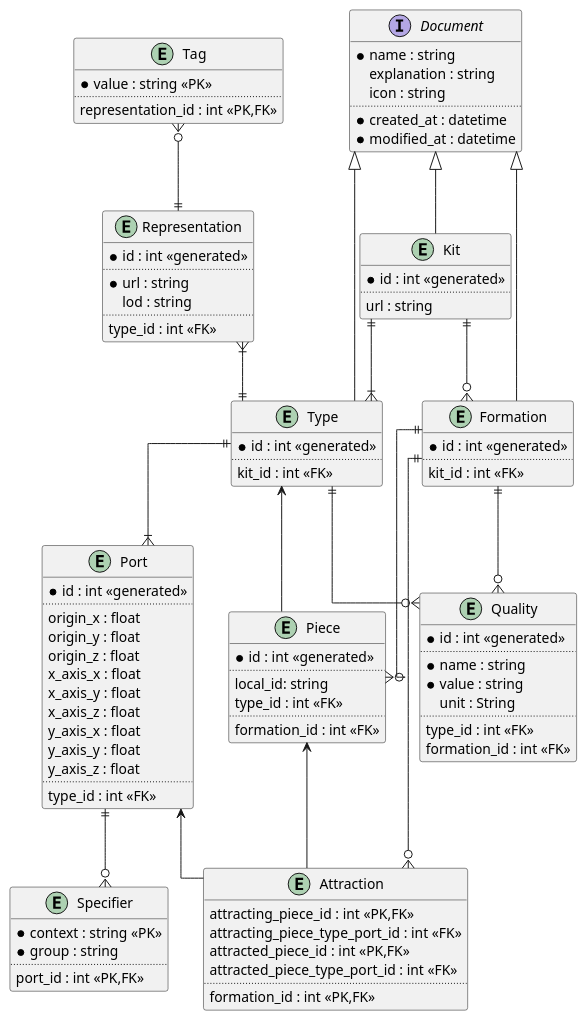
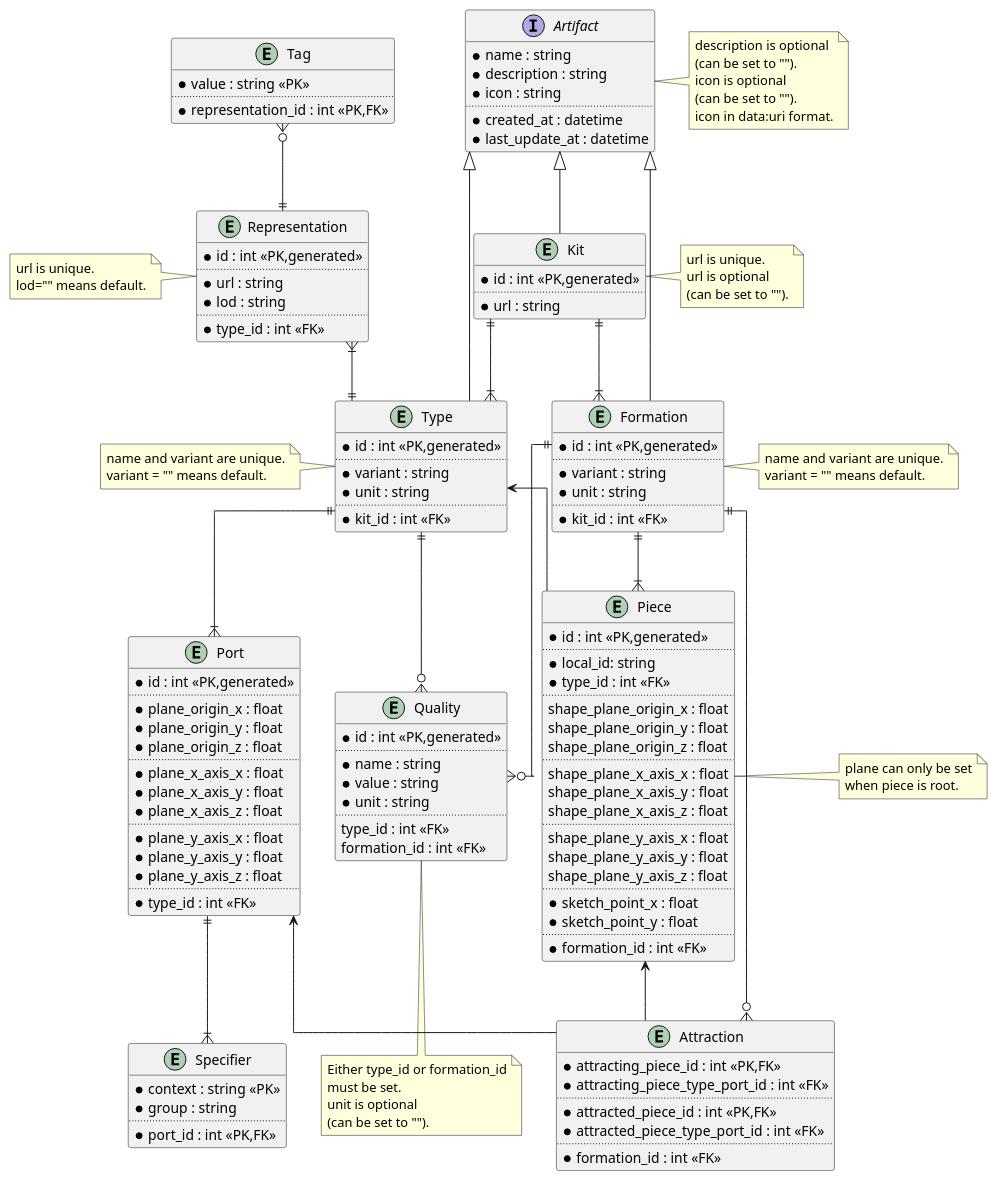
Before and after one commit to usalu/semio: the diagram in docs/softwarequality/softwarearchitecture/dataarchitecture.pu, drawn with PlantUML. The commit also changed 36 other files, not shown here.

First line of the commit message:
⚙️Prepare 2.1 (adjusted software architecture)🔄Builder is now Sketchpad

```diff
--- a/docs/softwarequality/softwarearchitecture/dataarchitecture.pu
+++ b/docs/softwarequality/softwarearchitecture/dataarchitecture.pu
@@ -1,119 +1,175 @@
 @startuml "data architecture"
 skinparam linetype ortho
 
-interface Document {
+interface Artifact {
     *name : string
-    explanation : string
-    icon : string
+    *description : string
+    *icon : string
     ..
     *created_at : datetime
-    *modified_at : datetime
+    *last_update_at : datetime
 }
+note right of Artifact
+    description is optional
+    (can be set to "").
+    icon is optional
+    (can be set to "").
+    icon in data:uri format.
+end note
 
 entity Kit {
-    *id : int <<generated>> 
+    *id : int <<PK,generated>> 
     ..
-    url : string
+    *url : string
 }
+note right of Kit
+    url is unique.
+    url is optional
+    (can be set to "").
+end note
 
 entity Type {
-    *id : int <<generated>>
+    *id : int <<PK,generated>>
     ..
-    kit_id : int <<FK>>
+    *variant : string
+    *unit : string
+    ..
+    *kit_id : int <<FK>>
 }
+note left of Type
+    name and variant are unique.
+    variant = "" means default.
+end note
 
 entity Representation {
-    *id : int <<generated>>
+    *id : int <<PK,generated>>
     ..
     *url : string
-    lod : string
+    *lod : string
     ..
-    type_id : int <<FK>>
+    *type_id : int <<FK>>
 }
+note left of Representation
+    url is unique.
+    lod="" means default.
+end note
 
 entity Tag {
     *value : string <<PK>>
     ..
-    representation_id : int <<PK,FK>>
+    *representation_id : int <<PK,FK>>
 }
 
 entity Port {
-    *id : int <<generated>>
+    *id : int <<PK,generated>>
     ..
-    origin_x : float
-    origin_y : float
-    origin_z : float
-    x_axis_x : float
-    x_axis_y : float
-    x_axis_z : float
-    y_axis_x : float
-    y_axis_y : float
-    y_axis_z : float
+    *plane_origin_x : float
+    *plane_origin_y : float
+    *plane_origin_z : float
     ..
-    type_id : int <<FK>>
+    *plane_x_axis_x : float
+    *plane_x_axis_y : float
+    *plane_x_axis_z : float
+    ..
+    *plane_y_axis_x : float
+    *plane_y_axis_y : float
+    *plane_y_axis_z : float
+    ..
+    *type_id : int <<FK>>
 }
 
 entity Quality {
-    *id : int <<generated>>
+    *id : int <<PK,generated>>
     ..
     *name : string
     *value : string
-    unit : String
+    *unit : string
     ..
     type_id : int <<FK>>
     formation_id : int <<FK>>
 }
+note bottom of Quality
+    Either type_id or formation_id
+    must be set.
+    unit is optional
+    (can be set to "").
+end note
 
 
 entity Specifier {
     *context : string <<PK>>
     *group : string
     ..
-    port_id : int <<PK,FK>>
+    *port_id : int <<PK,FK>>
 }
 
 entity Piece{
-    *id : int <<generated>>
+    *id : int <<PK,generated>>
     ..
-    local_id: string
-    type_id : int <<FK>>
+    *local_id: string
+    *type_id : int <<FK>>
     ..
-    formation_id : int <<FK>>
+    shape_plane_origin_x : float
+    shape_plane_origin_y : float
+    shape_plane_origin_z : float
+    ..
+    shape_plane_x_axis_x : float
+    shape_plane_x_axis_y : float
+    shape_plane_x_axis_z : float
+    ..
+    shape_plane_y_axis_x : float
+    shape_plane_y_axis_y : float
+    shape_plane_y_axis_z : float
+    ..
+    *sketch_point_x : float
+    *sketch_point_y : float
+    ..
+    *formation_id : int <<FK>>
 }
+note right of Piece
+    plane can only be set
+    when piece is root.
+end note
 
 entity Attraction {
-    attracting_piece_id : int <<PK,FK>>
-    attracting_piece_type_port_id : int <<FK>>
-    attracted_piece_id : int <<PK,FK>>
-    attracted_piece_type_port_id : int <<FK>>
+    *attracting_piece_id : int <<PK,FK>>
+    *attracting_piece_type_port_id : int <<FK>>
     ..
-    formation_id : int <<PK,FK>>
+    *attracted_piece_id : int <<PK,FK>>
+    *attracted_piece_type_port_id : int <<FK>>
+    ..
+    *formation_id : int <<FK>>
 }
 
 entity Formation {
-    *id : int <<generated>>
+    *id : int <<PK,generated>>
     ..
-    kit_id : int <<FK>>
+    *variant : string
+    *unit : string
+    ..
+    *kit_id : int <<FK>>
 }
+note right of Formation
+    name and variant are unique.
+    variant = "" means default.
+end note
 
-
-Kit ||--|{ Type
-Kit ||--o{ Formation
+Kit ||--|{ Formation
+Kit ||--|{ Type 
 Tag }o--|| Representation
 Representation }|--|| Type
 Type ||--|{ Port
 Type ||--o{ Quality
-Formation ||--o{ Piece
+Formation ||--|{ Piece
 Formation ||--o{ Attraction
 Formation ||--o{ Quality
-Port ||--o{  Specifier
+Port ||--|{  Specifier
 Type <-- Piece
 Piece <-- Attraction
 Port <-- Attraction
 
-Document <|-- Kit
-Document <|-- Type
-Document <|-- Formation
-
+Artifact <|-- Kit
+Artifact <|-- Formation
+Artifact <|-- Type
 
 @enduml
```
